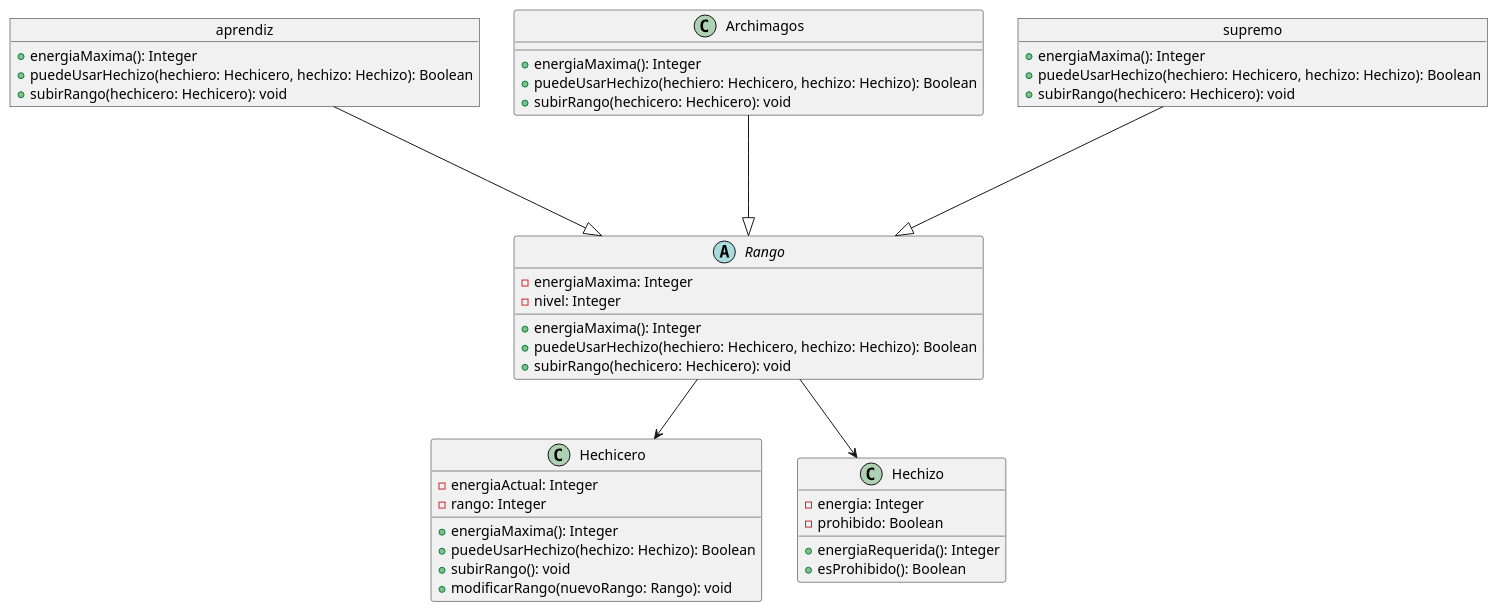
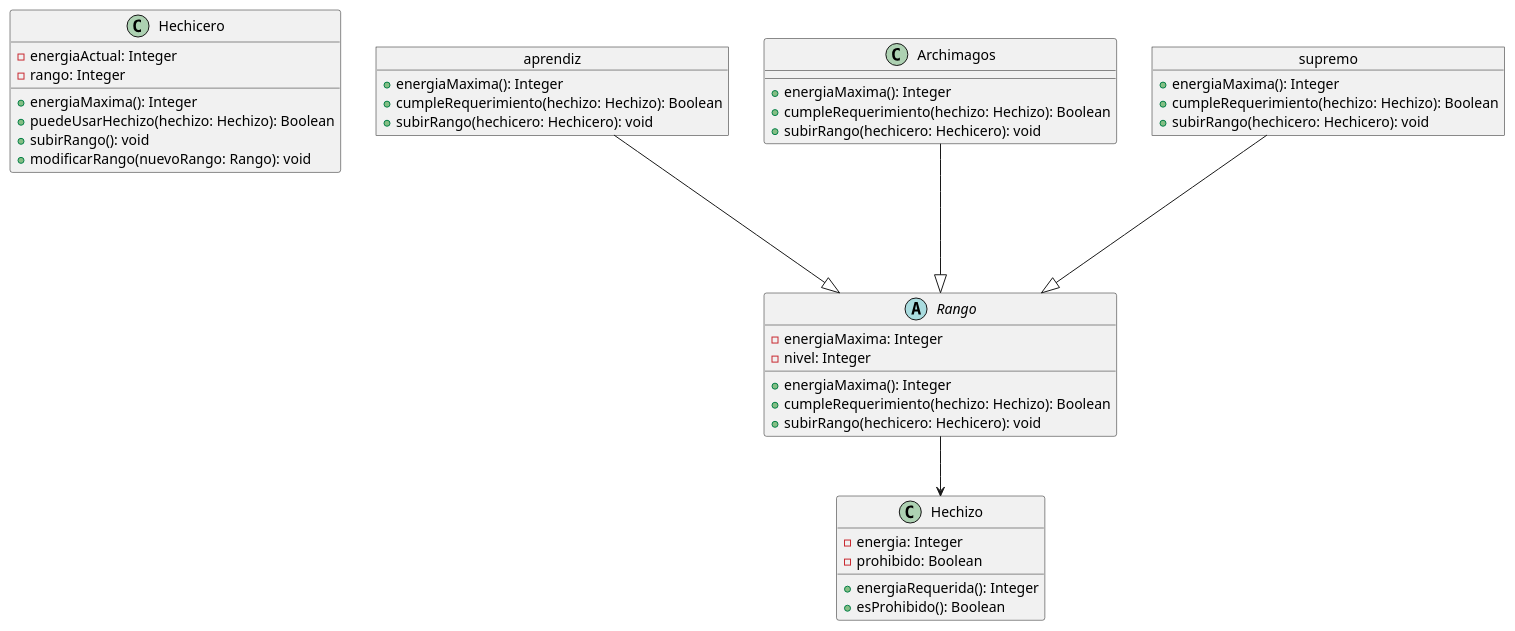
One commit to pdep-mit/objetos-2026-practica-hechiceros changed the diagram in diagramas/composicion.plantuml. Above: the diagram before and after it, drawn with PlantUML. The commit also changed 8 other files, not shown here.

```diff
--- a/diagramas/composicion.plantuml
+++ b/diagramas/composicion.plantuml
@@ -1,50 +1,49 @@
 @startuml
 
 class Hechicero{
     - energiaActual: Integer
     - rango: Integer
     + energiaMaxima(): Integer
     + puedeUsarHechizo(hechizo: Hechizo): Boolean
     + subirRango(): void
     + modificarRango(nuevoRango: Rango): void
 }
 
 abstract Rango{
     - energiaMaxima: Integer
     - nivel: Integer
     + energiaMaxima(): Integer
-    + puedeUsarHechizo(hechiero: Hechicero, hechizo: Hechizo): Boolean
+    + cumpleRequerimiento(hechizo: Hechizo): Boolean
     + subirRango(hechicero: Hechicero): void
 }
 
 object aprendiz{
     + energiaMaxima(): Integer
-    + puedeUsarHechizo(hechiero: Hechicero, hechizo: Hechizo): Boolean
+    + cumpleRequerimiento(hechizo: Hechizo): Boolean
     + subirRango(hechicero: Hechicero): void
 }
 
 class Archimagos{
     + energiaMaxima(): Integer
-    + puedeUsarHechizo(hechiero: Hechicero, hechizo: Hechizo): Boolean
+    + cumpleRequerimiento(hechizo: Hechizo): Boolean
     + subirRango(hechicero: Hechicero): void
 }
 
 object supremo{
     + energiaMaxima(): Integer
-    + puedeUsarHechizo(hechiero: Hechicero, hechizo: Hechizo): Boolean
+    + cumpleRequerimiento(hechizo: Hechizo): Boolean
     + subirRango(hechicero: Hechicero): void
 }
 
 class Hechizo{
     -energia: Integer
     -prohibido: Boolean
     + energiaRequerida(): Integer
     + esProhibido(): Boolean
 }
 Rango --> Hechizo
-Rango --> Hechicero
 Archimagos ---|> Rango 
 supremo ---|> Rango
 aprendiz ---|> Rango
 
 @enduml
```
